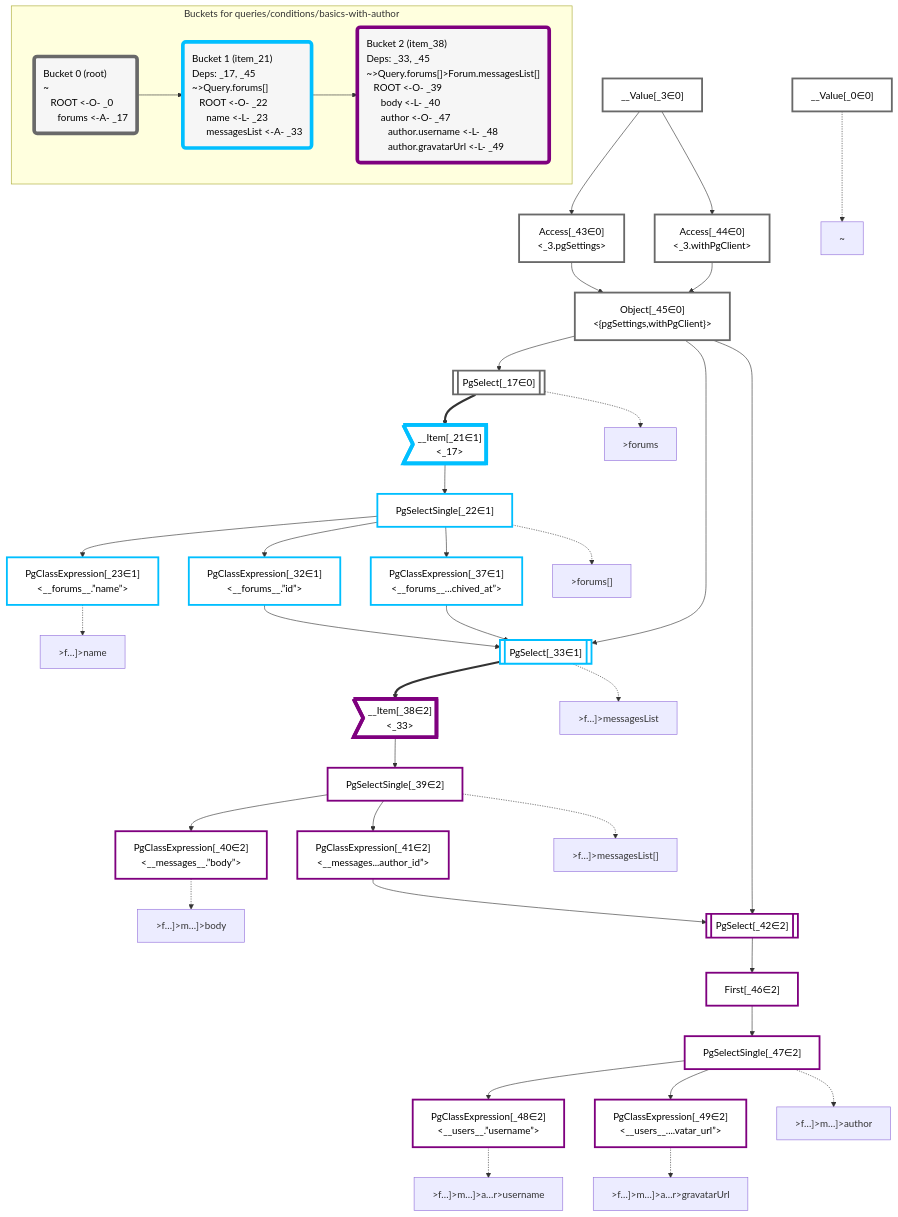
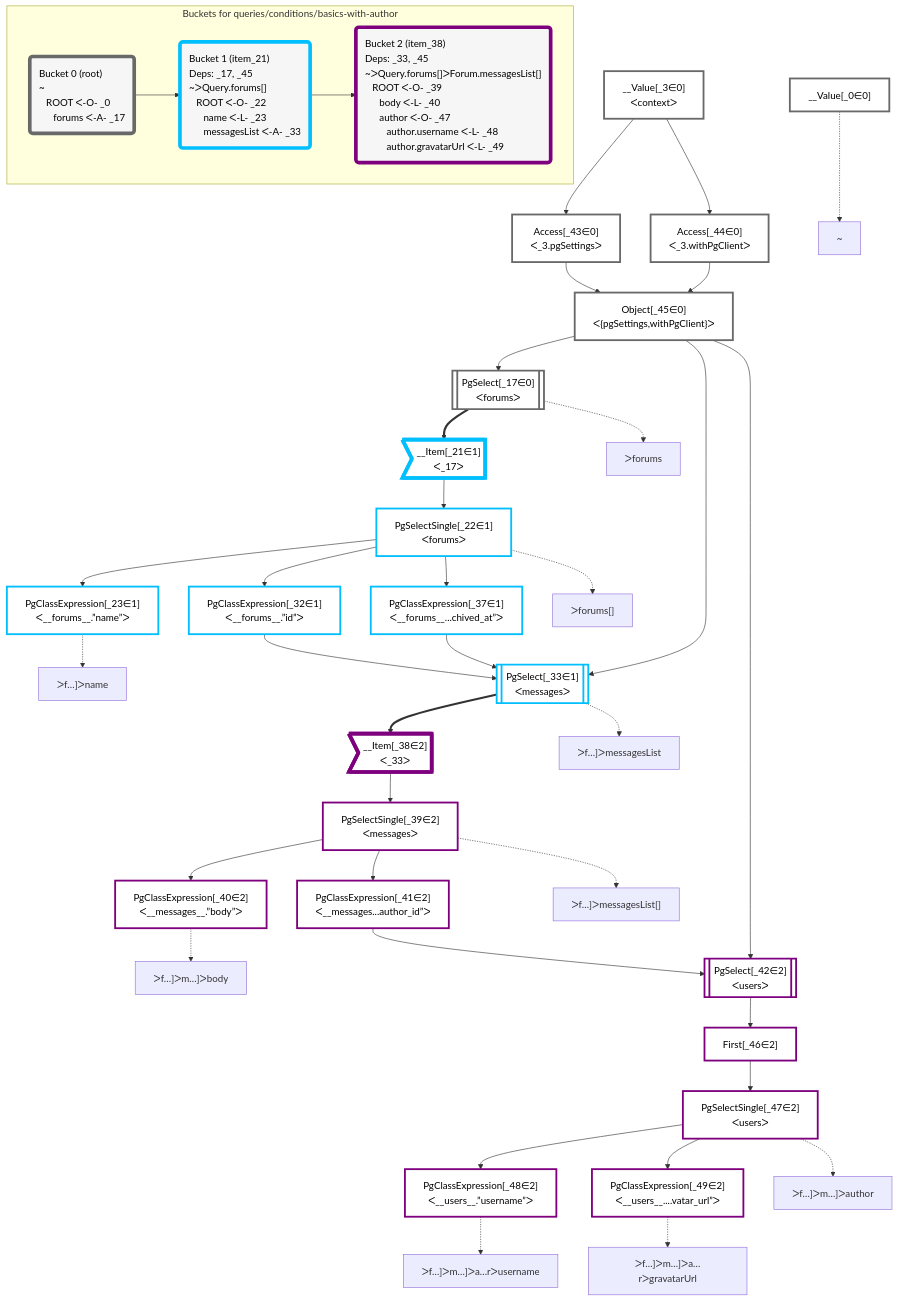
One commit to graphile/crystal changed the diagram in packages/dataplan-pg/__tests__/queries/conditions/basics-with-author.deopt.mermaid.md. Above: the diagram before and after it, drawn with Mermaid. The commit also changed 195 other files, not shown here.

```diff
--- a/packages/dataplan-pg/__tests__/queries/conditions/basics-with-author.deopt.mermaid.md
+++ b/packages/dataplan-pg/__tests__/queries/conditions/basics-with-author.deopt.mermaid.md
@@ -9,26 +9,26 @@
 
     %% define plans
     __Value_0["__Value[_0∈0]"]:::plan
-    __Value_3["__Value[_3∈0]<br /><context>"]:::plan
-    PgSelect_17[["PgSelect[_17∈0]<br /><forums>"]]:::plan
-    __Item_21>"__Item[_21∈1]<br /><_17>"]:::itemplan
-    PgSelectSingle_22["PgSelectSingle[_22∈1]<br /><forums>"]:::plan
-    PgClassExpression_23["PgClassExpression[_23∈1]<br /><__forums__.”name”>"]:::plan
-    PgClassExpression_32["PgClassExpression[_32∈1]<br /><__forums__.”id”>"]:::plan
-    PgSelect_33[["PgSelect[_33∈1]<br /><messages>"]]:::plan
-    PgClassExpression_37["PgClassExpression[_37∈1]<br /><__forums__...chived_at”>"]:::plan
-    __Item_38>"__Item[_38∈2]<br /><_33>"]:::itemplan
-    PgSelectSingle_39["PgSelectSingle[_39∈2]<br /><messages>"]:::plan
-    PgClassExpression_40["PgClassExpression[_40∈2]<br /><__messages__.”body”>"]:::plan
-    PgClassExpression_41["PgClassExpression[_41∈2]<br /><__messages...author_id”>"]:::plan
-    PgSelect_42[["PgSelect[_42∈2]<br /><users>"]]:::plan
-    Access_43["Access[_43∈0]<br /><_3.pgSettings>"]:::plan
-    Access_44["Access[_44∈0]<br /><_3.withPgClient>"]:::plan
-    Object_45["Object[_45∈0]<br /><{pgSettings,withPgClient}>"]:::plan
+    __Value_3["__Value[_3∈0]<br />ᐸcontextᐳ"]:::plan
+    PgSelect_17[["PgSelect[_17∈0]<br />ᐸforumsᐳ"]]:::plan
+    __Item_21>"__Item[_21∈1]<br />ᐸ_17ᐳ"]:::itemplan
+    PgSelectSingle_22["PgSelectSingle[_22∈1]<br />ᐸforumsᐳ"]:::plan
+    PgClassExpression_23["PgClassExpression[_23∈1]<br />ᐸ__forums__.”name”ᐳ"]:::plan
+    PgClassExpression_32["PgClassExpression[_32∈1]<br />ᐸ__forums__.”id”ᐳ"]:::plan
+    PgSelect_33[["PgSelect[_33∈1]<br />ᐸmessagesᐳ"]]:::plan
+    PgClassExpression_37["PgClassExpression[_37∈1]<br />ᐸ__forums__...chived_at”ᐳ"]:::plan
+    __Item_38>"__Item[_38∈2]<br />ᐸ_33ᐳ"]:::itemplan
+    PgSelectSingle_39["PgSelectSingle[_39∈2]<br />ᐸmessagesᐳ"]:::plan
+    PgClassExpression_40["PgClassExpression[_40∈2]<br />ᐸ__messages__.”body”ᐳ"]:::plan
+    PgClassExpression_41["PgClassExpression[_41∈2]<br />ᐸ__messages...author_id”ᐳ"]:::plan
+    PgSelect_42[["PgSelect[_42∈2]<br />ᐸusersᐳ"]]:::plan
+    Access_43["Access[_43∈0]<br />ᐸ_3.pgSettingsᐳ"]:::plan
+    Access_44["Access[_44∈0]<br />ᐸ_3.withPgClientᐳ"]:::plan
+    Object_45["Object[_45∈0]<br />ᐸ{pgSettings,withPgClient}ᐳ"]:::plan
     First_46["First[_46∈2]"]:::plan
-    PgSelectSingle_47["PgSelectSingle[_47∈2]<br /><users>"]:::plan
-    PgClassExpression_48["PgClassExpression[_48∈2]<br /><__users__.”username”>"]:::plan
-    PgClassExpression_49["PgClassExpression[_49∈2]<br /><__users__....vatar_url”>"]:::plan
+    PgSelectSingle_47["PgSelectSingle[_47∈2]<br />ᐸusersᐳ"]:::plan
+    PgClassExpression_48["PgClassExpression[_48∈2]<br />ᐸ__users__.”username”ᐳ"]:::plan
+    PgClassExpression_49["PgClassExpression[_49∈2]<br />ᐸ__users__....vatar_url”ᐳ"]:::plan
 
     %% plan dependencies
     Object_45 --> PgSelect_17
@@ -58,23 +58,23 @@
     %% plan-to-path relationships
     P_0["~"]
     __Value_0 -.-> P_0
-    P_17[">forums"]
+    P_17["ᐳforums"]
     PgSelect_17 -.-> P_17
-    P_22[">forums[]"]
+    P_22["ᐳforums[]"]
     PgSelectSingle_22 -.-> P_22
-    P_23[">f…]>name"]
+    P_23["ᐳf…]ᐳname"]
     PgClassExpression_23 -.-> P_23
-    P_33[">f…]>messagesList"]
+    P_33["ᐳf…]ᐳmessagesList"]
     PgSelect_33 -.-> P_33
-    P_39[">f…]>messagesList[]"]
+    P_39["ᐳf…]ᐳmessagesList[]"]
     PgSelectSingle_39 -.-> P_39
-    P_40[">f…]>m…]>body"]
+    P_40["ᐳf…]ᐳm…]ᐳbody"]
     PgClassExpression_40 -.-> P_40
-    P_47[">f…]>m…]>author"]
+    P_47["ᐳf…]ᐳm…]ᐳauthor"]
     PgSelectSingle_47 -.-> P_47
-    P_48[">f…]>m…]>a…r>username"]
+    P_48["ᐳf…]ᐳm…]ᐳa…rᐳusername"]
     PgClassExpression_48 -.-> P_48
-    P_49[">f…]>m…]>a…r>gravatarUrl"]
+    P_49["ᐳf…]ᐳm…]ᐳa…rᐳgravatarUrl"]
     PgClassExpression_49 -.-> P_49
 
     %% allocate buckets
@@ -86,12 +86,12 @@
     class __Item_38,PgSelectSingle_39,PgClassExpression_40,PgClassExpression_41,PgSelect_42,First_46,PgSelectSingle_47,PgClassExpression_48,PgClassExpression_49 bucket2
 
     subgraph "Buckets for queries/conditions/basics-with-author"
-    Bucket0("Bucket 0 (root)<br />~<br />⠀ROOT <-O- _0<br />⠀⠀forums <-A- _17"):::bucket
+    Bucket0("Bucket 0 (root)<br />~<br />⠀ROOT ᐸ-O- _0<br />⠀⠀forums ᐸ-A- _17"):::bucket
     style Bucket0 stroke:#696969
-    Bucket1("Bucket 1 (item_21)<br />Deps: _17, _45<br />~>Query.forums[]<br />⠀ROOT <-O- _22<br />⠀⠀name <-L- _23<br />⠀⠀messagesList <-A- _33"):::bucket
+    Bucket1("Bucket 1 (item_21)<br />Deps: _17, _45<br />~ᐳQuery.forums[]<br />⠀ROOT ᐸ-O- _22<br />⠀⠀name ᐸ-L- _23<br />⠀⠀messagesList ᐸ-A- _33"):::bucket
     style Bucket1 stroke:#00bfff
     Bucket0 --> Bucket1
-    Bucket2("Bucket 2 (item_38)<br />Deps: _33, _45<br />~>Query.forums[]>Forum.messagesList[]<br />⠀ROOT <-O- _39<br />⠀⠀body <-L- _40<br />⠀⠀author <-O- _47<br />⠀⠀⠀author.username <-L- _48<br />⠀⠀⠀author.gravatarUrl <-L- _49"):::bucket
+    Bucket2("Bucket 2 (item_38)<br />Deps: _33, _45<br />~ᐳQuery.forums[]ᐳForum.messagesList[]<br />⠀ROOT ᐸ-O- _39<br />⠀⠀body ᐸ-L- _40<br />⠀⠀author ᐸ-O- _47<br />⠀⠀⠀author.username ᐸ-L- _48<br />⠀⠀⠀author.gravatarUrl ᐸ-L- _49"):::bucket
     style Bucket2 stroke:#7f007f
     Bucket1 --> Bucket2
     end
```
